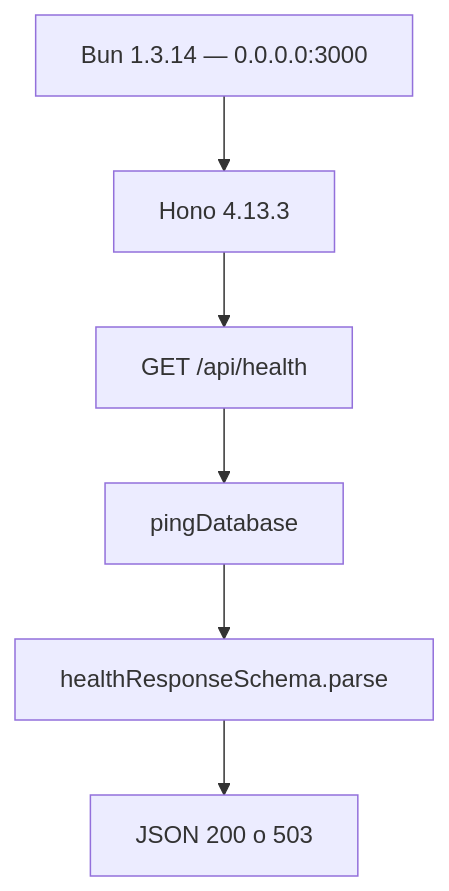
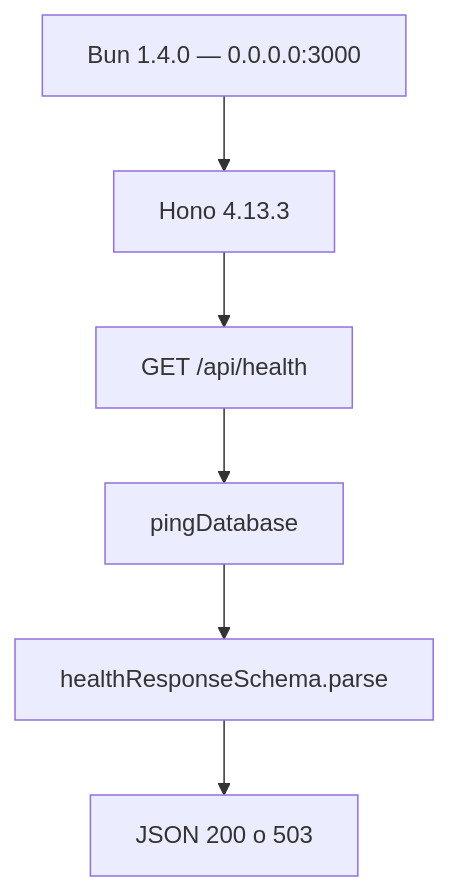
The first of 2 diagrams in diagrams/03-tecnologias-backend.md (JoseAntonioNuevo/agentic-kanban), drawn with Mermaid before and after one commit. The commit also changed 9 other files, not shown here.

````diff
--- a/diagrams/03-tecnologias-backend.md
+++ b/diagrams/03-tecnologias-backend.md
@@ -5,14 +5,14 @@
 ```mermaid
 flowchart TB
-  bun["Bun 1.3.14 — 0.0.0.0:3000"]
+  bun["Bun 1.4.0 — 0.0.0.0:3000"]
   hono["Hono 4.13.3"]
   health["GET /api/health"]
   ping["pingDatabase"]
   zod["healthResponseSchema.parse"]
 
   bun --> hono
   hono --> health
   health --> ping
   ping --> zod
   zod --> json["JSON 200 o 503"]
 ```
````
